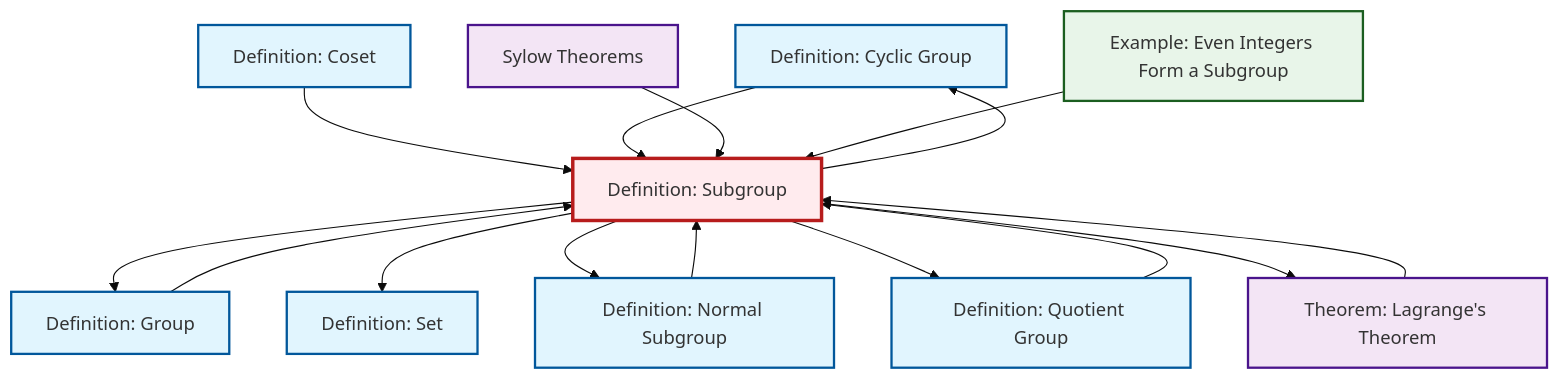
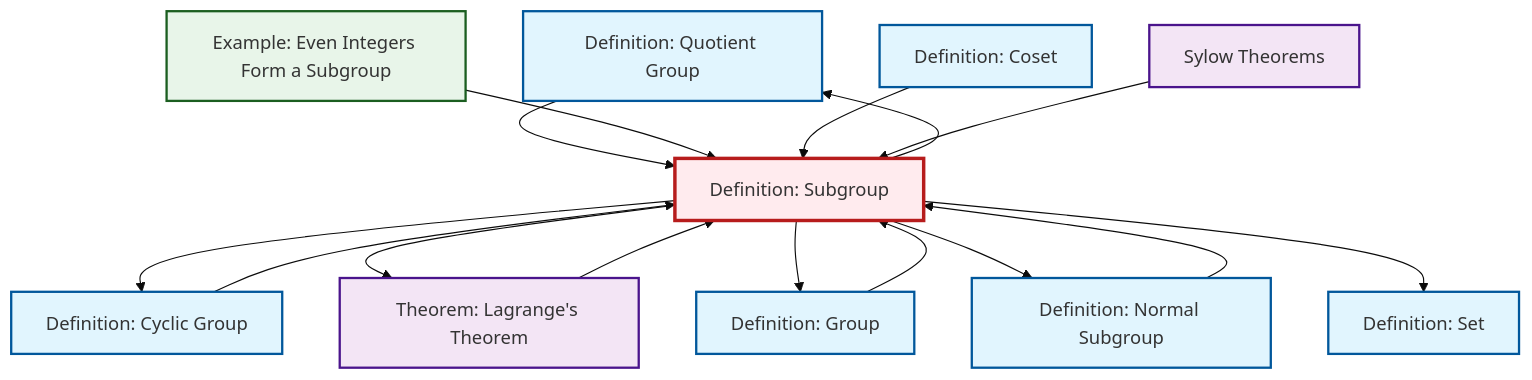
The diagram in content/en/algebra/def-subgroup.qmd (RK0429/ModernMath), drawn with Mermaid (base theme) before and after one commit. The commit also changed other lines of this file and 554 other files, not shown here.

````diff
--- a/content/en/algebra/def-subgroup.qmd
+++ b/content/en/algebra/def-subgroup.qmd
@@ -52,43 +52,43 @@
 ```{mermaid}
 %%| fig-cap: "Local dependency graph"
 graph TD
     classDef definition fill:#e1f5fe,stroke:#01579b,stroke-width:2px
     classDef theorem fill:#f3e5f5,stroke:#4a148c,stroke-width:2px
     classDef axiom fill:#fff3e0,stroke:#e65100,stroke-width:2px
     classDef example fill:#e8f5e9,stroke:#1b5e20,stroke-width:2px
     classDef current fill:#ffebee,stroke:#b71c1c,stroke-width:3px
+    def-quotient-group["Definition: Quotient Group"]:::definition
+    ex-even-integers-subgroup["Example: Even Integers Form a Subgroup"]:::example
+    def-subgroup["Definition: Subgroup"]:::definition
     def-cyclic-group["Definition: Cyclic Group"]:::definition
+    def-group["Definition: Group"]:::definition
     def-set["Definition: Set"]:::definition
-    def-quotient-group["Definition: Quotient Group"]:::definition
     thm-sylow["Sylow Theorems"]:::theorem
     def-normal-subgroup["Definition: Normal Subgroup"]:::definition
-    def-group["Definition: Group"]:::definition
-    def-subgroup["Definition: Subgroup"]:::definition
+    def-coset["Definition: Coset"]:::definition
     thm-lagrange["Theorem: Lagrange's Theorem"]:::theorem
-    ex-even-integers-subgroup["Example: Even Integers Form a Subgroup"]:::example
-    def-coset["Definition: Coset"]:::definition
+    def-quotient-group --> def-subgroup
+    def-normal-subgroup --> def-subgroup
+    ex-even-integers-subgroup --> def-subgroup
     def-subgroup --> def-cyclic-group
+    def-subgroup --> thm-lagrange
+    def-coset --> def-subgroup
     def-subgroup --> def-group
+    def-subgroup --> def-normal-subgroup
+    def-subgroup --> def-quotient-group
     def-group --> def-subgroup
-    def-coset --> def-subgroup
-    def-quotient-group --> def-subgroup
+    def-cyclic-group --> def-subgroup
+    thm-sylow --> def-subgroup
     thm-lagrange --> def-subgroup
     def-subgroup --> def-set
-    def-cyclic-group --> def-subgroup
-    def-subgroup --> def-normal-subgroup
-    thm-sylow --> def-subgroup
-    ex-even-integers-subgroup --> def-subgroup
-    def-normal-subgroup --> def-subgroup
-    def-subgroup --> def-quotient-group
-    def-subgroup --> thm-lagrange
     class def-subgroup current
+    click def-quotient-group "def-quotient-group.html" "Go to Quotient Group definition"
+    click ex-even-integers-subgroup "ex-even-integers-subgroup.html" "Go to Even Integers Form a Subgroup example"
     click def-cyclic-group "def-cyclic-group.html" "Go to Cyclic Group definition"
+    click def-group "def-group.html" "Go to Group definition"
     click def-set "def-set.html" "Go to Set definition"
-    click def-quotient-group "def-quotient-group.html" "Go to Quotient Group definition"
     click thm-sylow "thm-sylow.html" "Go to Sylow Theorems"
     click def-normal-subgroup "def-normal-subgroup.html" "Go to Normal Subgroup definition"
-    click def-group "def-group.html" "Go to Group definition"
+    click def-coset "def-coset.html" "Go to Coset definition"
     click thm-lagrange "thm-lagrange.html" "Go to Lagrange's Theorem theorem"
-    click ex-even-integers-subgroup "ex-even-integers-subgroup.html" "Go to Even Integers Form a Subgroup example"
-    click def-coset "def-coset.html" "Go to Coset definition"
 ```
````
